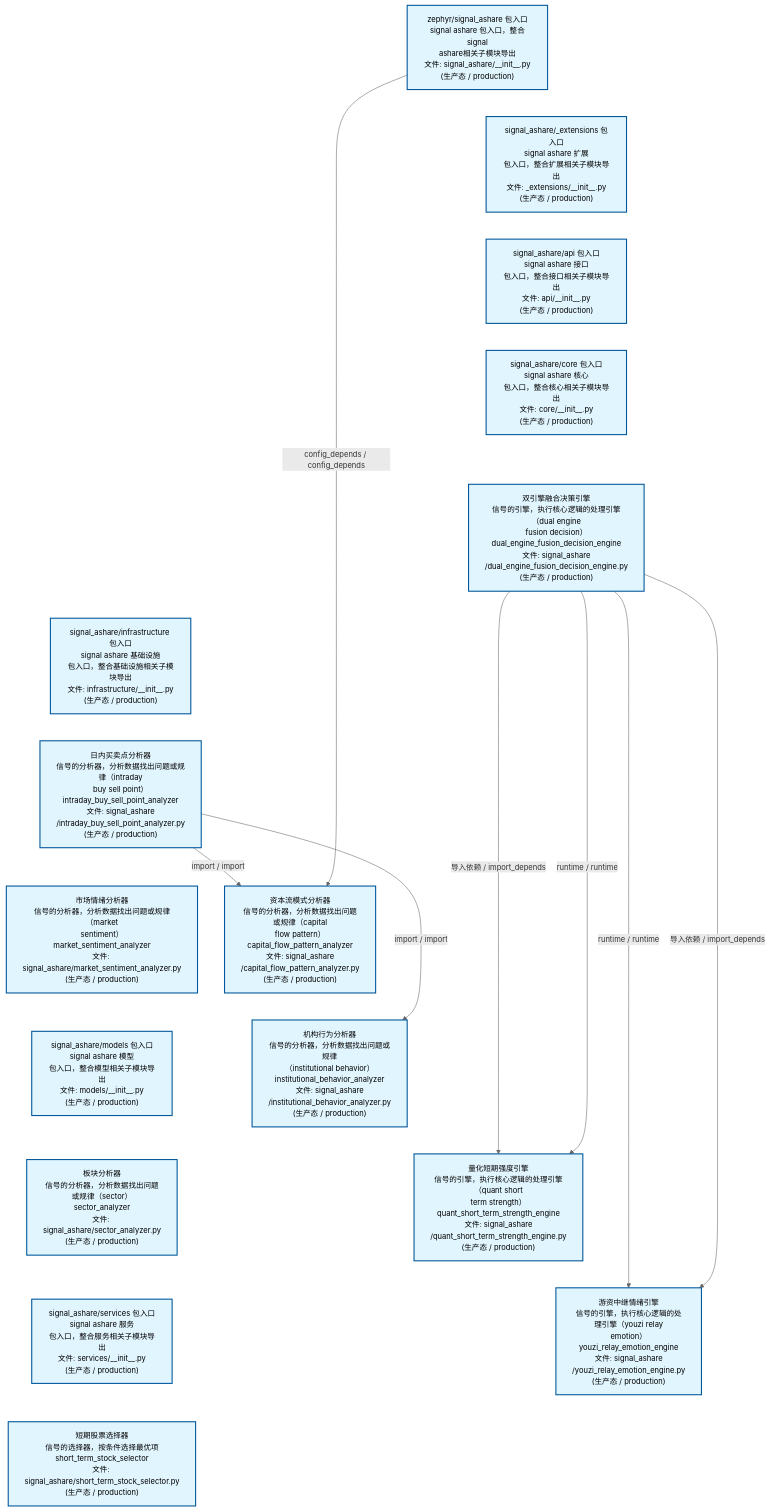
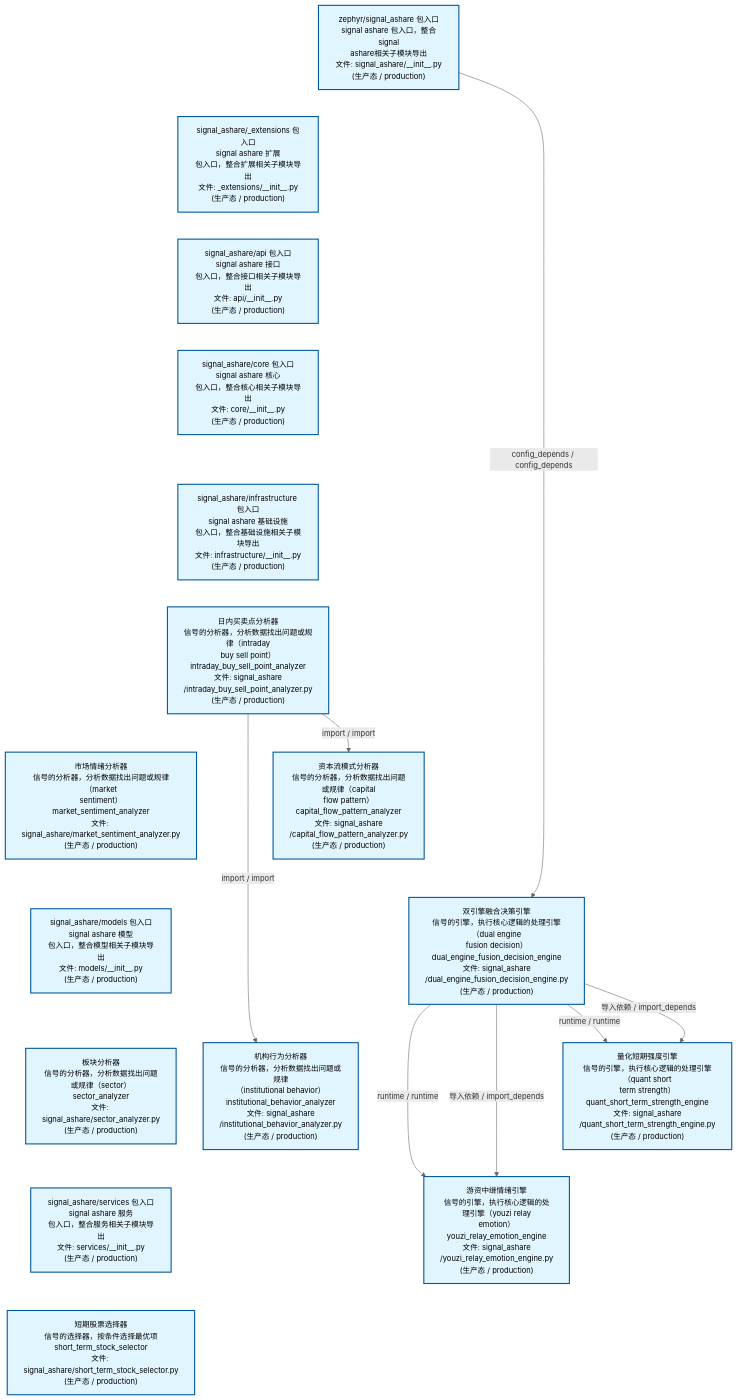
The second of 4 diagrams in docs/02_enterprise_architecture/02_domain_architecture_docs/32_d_ashare_signal.md (xuanFelixVan/ZephyrAlpha), drawn with Mermaid before and after one commit. The commit also changed other lines of this file and 40 other files, not shown here.

````diff
--- a/docs/02_enterprise_architecture/02_domain_architecture_docs/32_d_ashare_signal.md
+++ b/docs/02_enterprise_architecture/02_domain_architecture_docs/32_d_ashare_signal.md
@@ -163,46 +163,45 @@
 ```mermaid
 %%{init: {'theme': 'base', 'themeVariables': {'primaryColor': '#eaeaea', 'primaryTextColor': '#333333', 'primaryBorderColor': '#666666', 'lineColor': '#666666', 'secondaryColor': '#eaeaea', 'tertiaryColor': '#eaeaea', 'fontSize': '14px'}}}%%
 flowchart TD
     src_zephyr_signal_ashare_init_py["zephyr/signal_ashare 包入口<br/>signal ashare 包入口，整合signal<br/>ashare相关子模块导出<br/>文件: signal_ashare/__init__.py<br/>(生产态 / production)"]
     src_zephyr_signal_ashare_extensions_init_py["signal_ashare/_extensions 包入口<br/>signal ashare 扩展<br/>包入口，整合扩展相关子模块导出<br/>文件: _extensions/__init__.py<br/>(生产态 / production)"]
     src_zephyr_signal_ashare_api_init_py["signal_ashare/api 包入口<br/>signal ashare 接口<br/>包入口，整合接口相关子模块导出<br/>文件: api/__init__.py<br/>(生产态 / production)"]
     src_zephyr_signal_ashare_core_init_py["signal_ashare/core 包入口<br/>signal ashare 核心<br/>包入口，整合核心相关子模块导出<br/>文件: core/__init__.py<br/>(生产态 / production)"]
-    src_zephyr_signal_ashare_dual_engine_fusion_decision_engine_py["双引擎融合决策引擎<br/>信号的引擎，执行核心逻辑的处理引擎（dual engine<br/>fusion decision）<br/>dual_engine_fusion_decision_engine<br/>文件: signal_ashare<br/>/dual_engine_fusion_decision_engine.py<br/>(生产态 / production)"]
     src_zephyr_signal_ashare_infrastructure_init_py["signal_ashare/infrastructure 包入口<br/>signal ashare 基础设施<br/>包入口，整合基础设施相关子模块导出<br/>文件: infrastructure/__init__.py<br/>(生产态 / production)"]
     src_zephyr_signal_ashare_intraday_buy_sell_point_analyzer_py["日内买卖点分析器<br/>信号的分析器，分析数据找出问题或规律（intraday<br/>buy sell point）<br/>intraday_buy_sell_point_analyzer<br/>文件: signal_ashare<br/>/intraday_buy_sell_point_analyzer.py<br/>(生产态 / production)"]
     src_zephyr_signal_ashare_market_sentiment_analyzer_py["市场情绪分析器<br/>信号的分析器，分析数据找出问题或规律（market<br/>sentiment）<br/>market_sentiment_analyzer<br/>文件: signal_ashare/market_sentiment_analyzer.py<br/>(生产态 / production)"]
     src_zephyr_signal_ashare_models_init_py["signal_ashare/models 包入口<br/>signal ashare 模型<br/>包入口，整合模型相关子模块导出<br/>文件: models/__init__.py<br/>(生产态 / production)"]
     src_zephyr_signal_ashare_sector_analyzer_py["板块分析器<br/>信号的分析器，分析数据找出问题或规律（sector）<br/>sector_analyzer<br/>文件: signal_ashare/sector_analyzer.py<br/>(生产态 / production)"]
     src_zephyr_signal_ashare_services_init_py["signal_ashare/services 包入口<br/>signal ashare 服务<br/>包入口，整合服务相关子模块导出<br/>文件: services/__init__.py<br/>(生产态 / production)"]
     src_zephyr_signal_ashare_short_term_stock_selector_py["短期股票选择器<br/>信号的选择器，按条件选择最优项<br/>short_term_stock_selector<br/>文件: signal_ashare/short_term_stock_selector.py<br/>(生产态 / production)"]
     src_zephyr_signal_ashare_init_py ~~~ src_zephyr_signal_ashare_extensions_init_py
     src_zephyr_signal_ashare_extensions_init_py ~~~ src_zephyr_signal_ashare_api_init_py
     src_zephyr_signal_ashare_api_init_py ~~~ src_zephyr_signal_ashare_core_init_py
-    src_zephyr_signal_ashare_core_init_py ~~~ src_zephyr_signal_ashare_dual_engine_fusion_decision_engine_py
-    src_zephyr_signal_ashare_dual_engine_fusion_decision_engine_py ~~~ src_zephyr_signal_ashare_infrastructure_init_py
+    src_zephyr_signal_ashare_core_init_py ~~~ src_zephyr_signal_ashare_infrastructure_init_py
     src_zephyr_signal_ashare_infrastructure_init_py ~~~ src_zephyr_signal_ashare_intraday_buy_sell_point_analyzer_py
     src_zephyr_signal_ashare_intraday_buy_sell_point_analyzer_py ~~~ src_zephyr_signal_ashare_market_sentiment_analyzer_py
     src_zephyr_signal_ashare_market_sentiment_analyzer_py ~~~ src_zephyr_signal_ashare_models_init_py
     src_zephyr_signal_ashare_models_init_py ~~~ src_zephyr_signal_ashare_sector_analyzer_py
     src_zephyr_signal_ashare_sector_analyzer_py ~~~ src_zephyr_signal_ashare_services_init_py
     src_zephyr_signal_ashare_services_init_py ~~~ src_zephyr_signal_ashare_short_term_stock_selector_py
     src_zephyr_signal_ashare_capital_flow_pattern_analyzer_py["资本流模式分析器<br/>信号的分析器，分析数据找出问题或规律（capital<br/>flow pattern）<br/>capital_flow_pattern_analyzer<br/>文件: signal_ashare<br/>/capital_flow_pattern_analyzer.py<br/>(生产态 / production)"]
+    src_zephyr_signal_ashare_dual_engine_fusion_decision_engine_py["双引擎融合决策引擎<br/>信号的引擎，执行核心逻辑的处理引擎（dual engine<br/>fusion decision）<br/>dual_engine_fusion_decision_engine<br/>文件: signal_ashare<br/>/dual_engine_fusion_decision_engine.py<br/>(生产态 / production)"]
     src_zephyr_signal_ashare_institutional_behavior_analyzer_py["机构行为分析器<br/>信号的分析器，分析数据找出问题或规律<br/>（institutional behavior）<br/>institutional_behavior_analyzer<br/>文件: signal_ashare<br/>/institutional_behavior_analyzer.py<br/>(生产态 / production)"]
+    src_zephyr_signal_ashare_capital_flow_pattern_analyzer_py ~~~ src_zephyr_signal_ashare_dual_engine_fusion_decision_engine_py
+    src_zephyr_signal_ashare_dual_engine_fusion_decision_engine_py ~~~ src_zephyr_signal_ashare_institutional_behavior_analyzer_py
     src_zephyr_signal_ashare_quant_short_term_strength_engine_py["量化短期强度引擎<br/>信号的引擎，执行核心逻辑的处理引擎（quant short<br/>term strength）<br/>quant_short_term_strength_engine<br/>文件: signal_ashare<br/>/quant_short_term_strength_engine.py<br/>(生产态 / production)"]
     src_zephyr_signal_ashare_youzi_relay_emotion_engine_py["游资中继情绪引擎<br/>信号的引擎，执行核心逻辑的处理引擎（youzi relay<br/>emotion）<br/>youzi_relay_emotion_engine<br/>文件: signal_ashare<br/>/youzi_relay_emotion_engine.py<br/>(生产态 / production)"]
-    src_zephyr_signal_ashare_capital_flow_pattern_analyzer_py ~~~ src_zephyr_signal_ashare_institutional_behavior_analyzer_py
-    src_zephyr_signal_ashare_institutional_behavior_analyzer_py ~~~ src_zephyr_signal_ashare_quant_short_term_strength_engine_py
     src_zephyr_signal_ashare_quant_short_term_strength_engine_py ~~~ src_zephyr_signal_ashare_youzi_relay_emotion_engine_py
-    src_zephyr_signal_ashare_intraday_buy_sell_point_analyzer_py -->|import / import| src_zephyr_signal_ashare_capital_flow_pattern_analyzer_py
-    src_zephyr_signal_ashare_intraday_buy_sell_point_analyzer_py -->|import / import| src_zephyr_signal_ashare_institutional_behavior_analyzer_py
-    src_zephyr_signal_ashare_dual_engine_fusion_decision_engine_py -->|导入依赖 / import_depends| src_zephyr_signal_ashare_quant_short_term_strength_engine_py
-    src_zephyr_signal_ashare_dual_engine_fusion_decision_engine_py -->|runtime / runtime| src_zephyr_signal_ashare_quant_short_term_strength_engine_py
     src_zephyr_signal_ashare_dual_engine_fusion_decision_engine_py -->|runtime / runtime| src_zephyr_signal_ashare_youzi_relay_emotion_engine_py
     src_zephyr_signal_ashare_dual_engine_fusion_decision_engine_py -->|导入依赖 / import_depends| src_zephyr_signal_ashare_youzi_relay_emotion_engine_py
-    src_zephyr_signal_ashare_init_py -->|config_depends / config_depends| src_zephyr_signal_ashare_capital_flow_pattern_analyzer_py
+    src_zephyr_signal_ashare_dual_engine_fusion_decision_engine_py -->|runtime / runtime| src_zephyr_signal_ashare_quant_short_term_strength_engine_py
+    src_zephyr_signal_ashare_dual_engine_fusion_decision_engine_py -->|导入依赖 / import_depends| src_zephyr_signal_ashare_quant_short_term_strength_engine_py
+    src_zephyr_signal_ashare_intraday_buy_sell_point_analyzer_py -->|import / import| src_zephyr_signal_ashare_institutional_behavior_analyzer_py
+    src_zephyr_signal_ashare_intraday_buy_sell_point_analyzer_py -->|import / import| src_zephyr_signal_ashare_capital_flow_pattern_analyzer_py
+    src_zephyr_signal_ashare_init_py -->|config_depends / config_depends| src_zephyr_signal_ashare_dual_engine_fusion_decision_engine_py
     classDef production fill:#e1f5fe,stroke:#01579b,stroke-width:2px,color:#000
     classDef design fill:#fff3e0,stroke:#e65100,stroke-width:2px,color:#000,stroke-dasharray: 5 5
     classDef external_prod fill:#e8f4fd,stroke:#0277bd,stroke-width:1px,color:#000
     classDef external_design fill:#fff8e7,stroke:#ef6c00,stroke-width:1px,color:#000,stroke-dasharray: 5 5
     class src_zephyr_signal_ashare_init_py,src_zephyr_signal_ashare_extensions_init_py,src_zephyr_signal_ashare_api_init_py,src_zephyr_signal_ashare_capital_flow_pattern_analyzer_py,src_zephyr_signal_ashare_core_init_py,src_zephyr_signal_ashare_dual_engine_fusion_decision_engine_py,src_zephyr_signal_ashare_infrastructure_init_py,src_zephyr_signal_ashare_institutional_behavior_analyzer_py,src_zephyr_signal_ashare_intraday_buy_sell_point_analyzer_py,src_zephyr_signal_ashare_market_sentiment_analyzer_py,src_zephyr_signal_ashare_models_init_py,src_zephyr_signal_ashare_quant_short_term_strength_engine_py,src_zephyr_signal_ashare_sector_analyzer_py,src_zephyr_signal_ashare_services_init_py,src_zephyr_signal_ashare_short_term_stock_selector_py,src_zephyr_signal_ashare_youzi_relay_emotion_engine_py production
 ```
````
